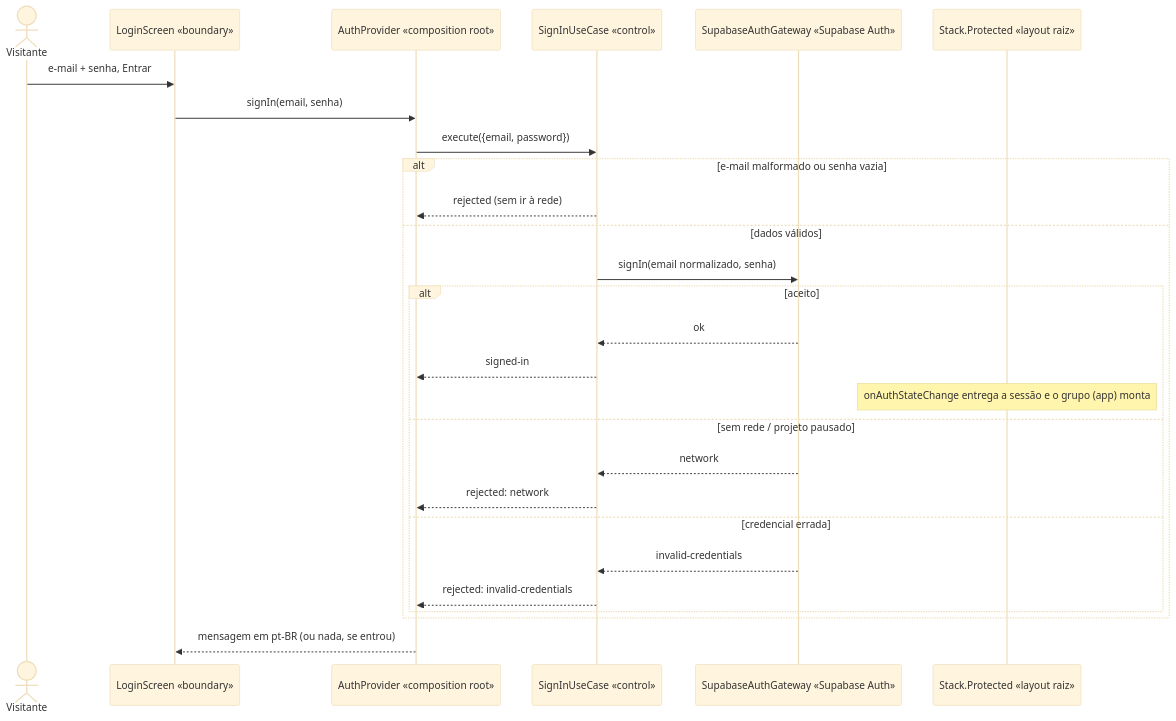
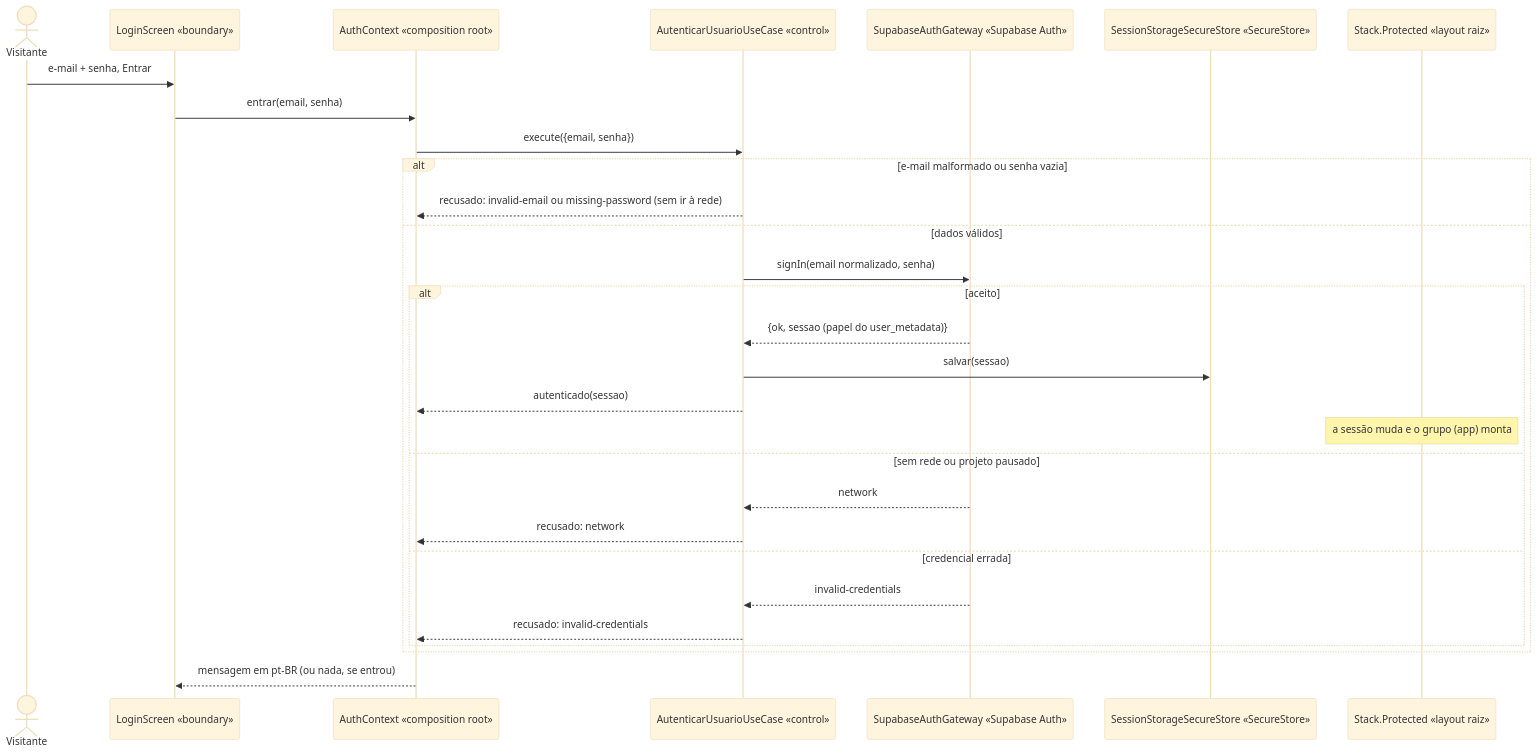
One commit to Pexiss-18/PX-Gym changed the fifth of 8 diagrams in docs/07-sequencia.md. Above: the diagram before and after it, drawn with Mermaid (base theme). The commit also changed other lines of this file and 20 other files, not shown here.

````diff
--- a/docs/07-sequencia.md
+++ b/docs/07-sequencia.md
@@ -173,30 +205,32 @@
 ```mermaid
 sequenceDiagram
     actor V as Visitante
     participant B as LoginScreen «boundary»
-    participant Ctx as AuthProvider «composition root»
-    participant C as SignInUseCase «control»
+    participant Ctx as AuthContext «composition root»
+    participant C as AutenticarUsuarioUseCase «control»
     participant A as SupabaseAuthGateway «Supabase Auth»
+    participant S as SessionStorageSecureStore «SecureStore»
     participant Root as Stack.Protected «layout raiz»
 
     V ->> B: e-mail + senha, Entrar
-    B ->> Ctx: signIn(email, senha)
-    Ctx ->> C: execute({email, password})
+    B ->> Ctx: entrar(email, senha)
+    Ctx ->> C: execute({email, senha})
     alt e-mail malformado ou senha vazia
-        C -->> Ctx: rejected (sem ir à rede)
+        C -->> Ctx: recusado: invalid-email ou missing-password (sem ir à rede)
     else dados válidos
         C ->> A: signIn(email normalizado, senha)
         alt aceito
-            A -->> C: ok
-            C -->> Ctx: signed-in
-            Note over Root: onAuthStateChange entrega a sessão e o grupo (app) monta
-        else sem rede / projeto pausado
+            A -->> C: {ok, sessao (papel do user_metadata)}
+            C ->> S: salvar(sessao)
+            C -->> Ctx: autenticado(sessao)
+            Note over Root: a sessão muda e o grupo (app) monta
+        else sem rede ou projeto pausado
             A -->> C: network
-            C -->> Ctx: rejected: network
+            C -->> Ctx: recusado: network
         else credencial errada
             A -->> C: invalid-credentials
-            C -->> Ctx: rejected: invalid-credentials
+            C -->> Ctx: recusado: invalid-credentials
         end
     end
     Ctx -->> B: mensagem em pt-BR (ou nada, se entrou)
 ```
````
